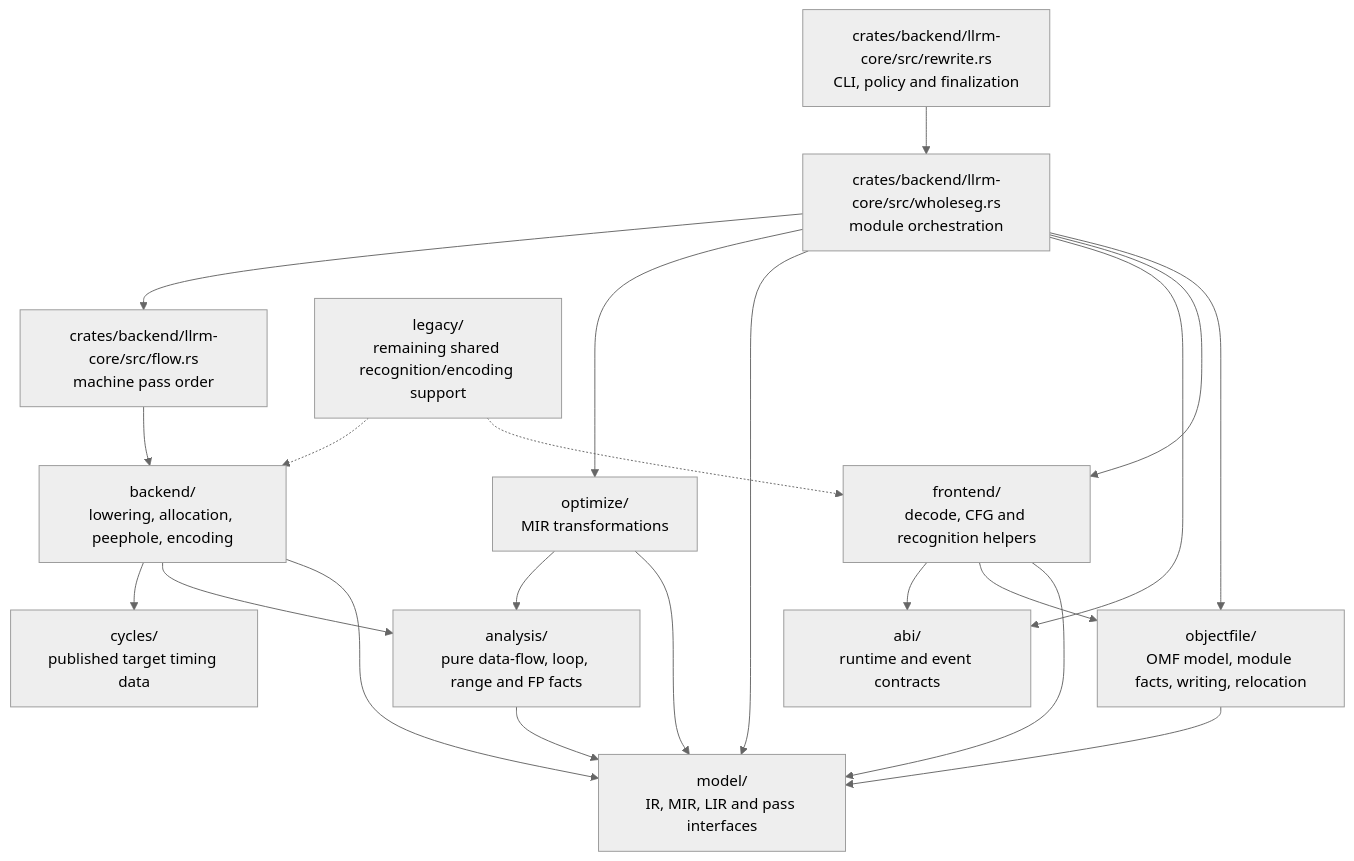
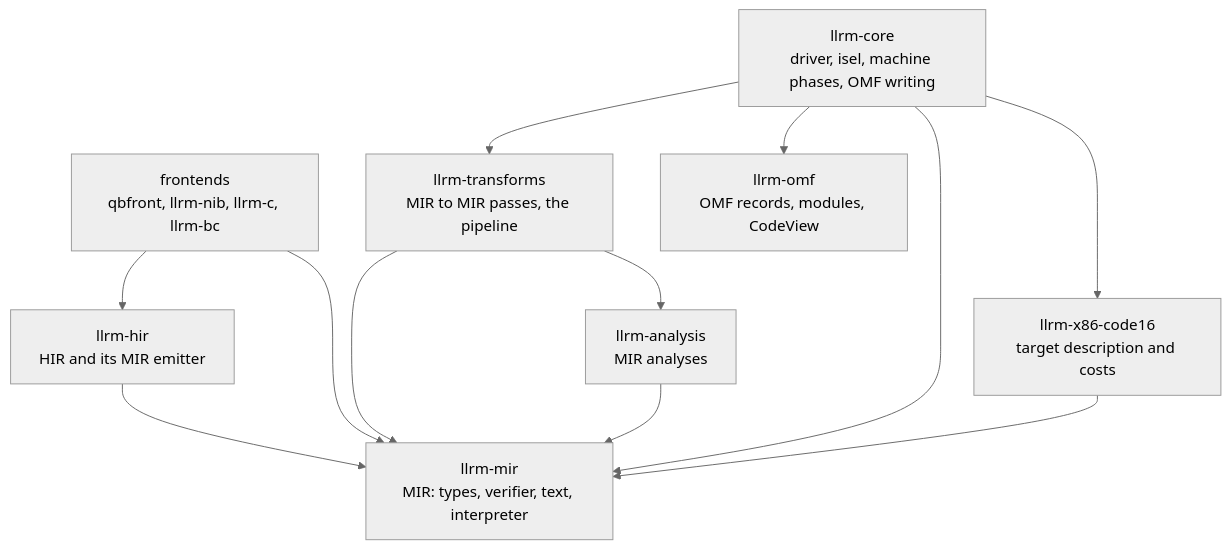
One commit to ali-mosavian/llrm changed the tenth of 10 diagrams in docs/architecture/readme.md. Above: the diagram before and after it, drawn with Mermaid (neutral theme). The commit also changed other lines of this file and 248 other files, not shown here.

First line of the commit message:
refactor(core): delete the BC rewrite route and the llrm-core code only legacy routes reached

````diff
--- a/docs/architecture/readme.md
+++ b/docs/architecture/readme.md
@@ -518,25 +466,14 @@
 ```mermaid
 flowchart TD
-    Rewrite["crates/backend/llrm-core/src/rewrite.rs<br/>CLI, policy and finalization"] --> Whole["crates/backend/llrm-core/src/wholeseg.rs<br/>module orchestration"]
-    Whole --> Obj["objectfile/<br/>OMF model, module facts, writing, relocation"]
-    Whole --> Front["frontend/<br/>decode, CFG and recognition helpers"]
-    Whole --> ABI["abi/<br/>runtime and event contracts"]
-    Whole --> Model["model/<br/>IR, MIR, LIR and pass interfaces"]
-    Whole --> Opt["optimize/<br/>MIR transformations"]
-    Whole --> Flow["crates/backend/llrm-core/src/flow.rs<br/>machine pass order"]
-    Flow --> Back["backend/<br/>lowering, allocation, peephole, encoding"]
-
-    Front --> Model
-    Front --> Obj
-    Front --> ABI
-    Opt --> Model
-    Opt --> Analysis["analysis/<br/>pure data-flow, loop, range and FP facts"]
-    Analysis --> Model
-    Back --> Model
-    Back --> Analysis
-    Back --> Cycles["cycles/<br/>published target timing data"]
-    Obj --> Model
-
-    Legacy["legacy/<br/>remaining shared recognition/encoding support"] -.-> Front
-    Legacy -.-> Back
+    Front["frontends<br/>qbfront, llrm-nib, llrm-c, llrm-bc"] --> Hir["llrm-hir<br/>HIR and its MIR emitter"]
+    Hir --> Mir["llrm-mir<br/>MIR: types, verifier, text, interpreter"]
+    Front --> Mir
+    Trans["llrm-transforms<br/>MIR to MIR passes, the pipeline"] --> Mir
+    Trans --> Analysis["llrm-analysis<br/>MIR analyses"]
+    Analysis --> Mir
+    Core["llrm-core<br/>driver, isel, machine phases, OMF writing"] --> Trans
+    Core --> Mir
+    Core --> Target["llrm-x86-code16<br/>target description and costs"]
+    Core --> Obj["llrm-omf<br/>OMF records, modules, CodeView"]
+    Target --> Mir
 ```
````
